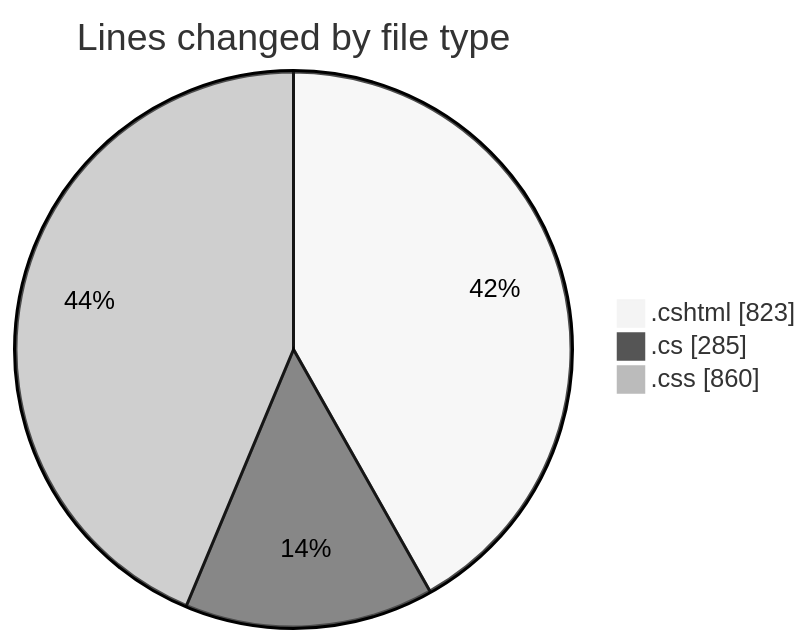
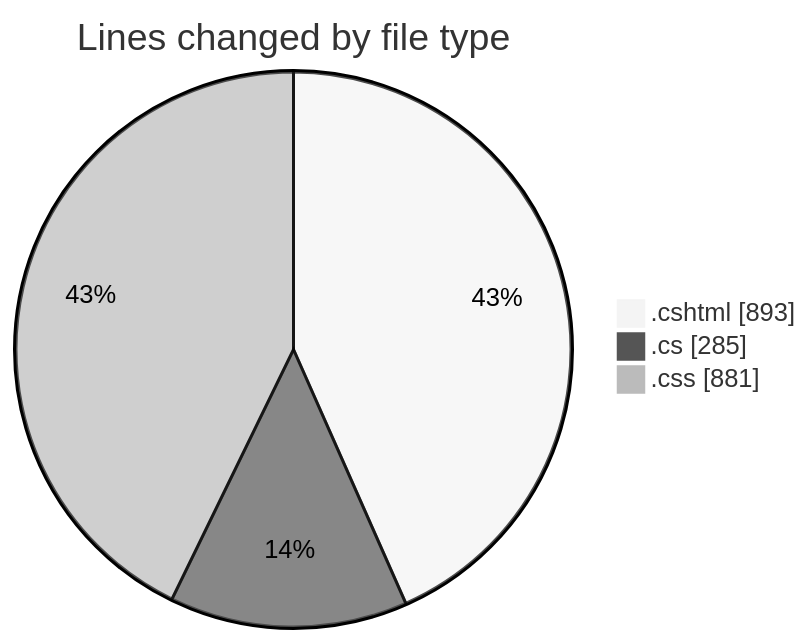
Before and after one commit to lephambinh05/code-tracking: the first of 2 diagrams in 2025-07-18/nhahang/README.md, drawn with Mermaid (neutral theme). The commit also changed other lines of this file and 1 other file, not shown here.

````diff
--- a/2025-07-18/nhahang/README.md
+++ b/2025-07-18/nhahang/README.md
@@ -37,7 +37,7 @@
 ```mermaid
 pie showData
 title Lines changed by file type
-".cshtml" : 823
+".cshtml" : 893
 ".cs" : 285
-".css" : 860
+".css" : 881
 ```
````
